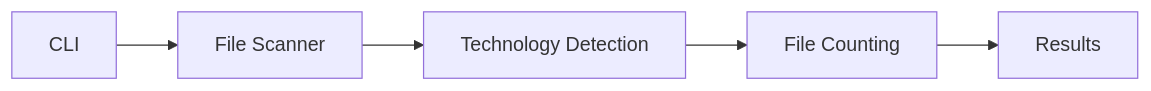
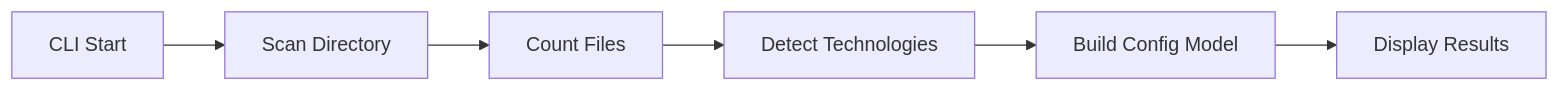
The first of 3 diagrams in docs/ARCHITECTURE.md (Jakub3628800/pre-commit-starter), drawn with Mermaid before and after one commit. The commit also changed other lines of this file and 71 other files, not shown here.

````diff
--- a/docs/ARCHITECTURE.md
+++ b/docs/ARCHITECTURE.md
@@ -159,7 +141,8 @@
-   ```mermaid
-   graph LR
-       A[CLI] --> B[File Scanner]
-       B --> C[Technology Detection]
-       C --> D[File Counting]
-       D --> E[Results]
-   ```
+```mermaid
+graph LR
+    A[CLI Start] --> B[Scan Directory]
+    B --> C[Count Files]
+    C --> D[Detect Technologies]
+    D --> E[Build Config Model]
+    E --> F[Display Results]
+```
````
